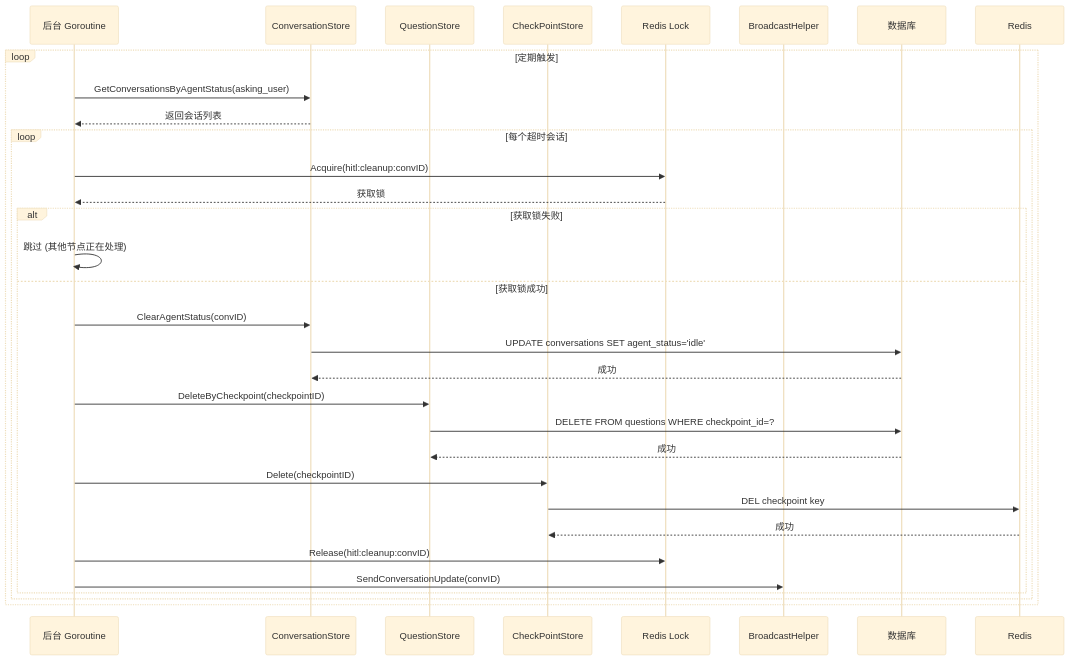
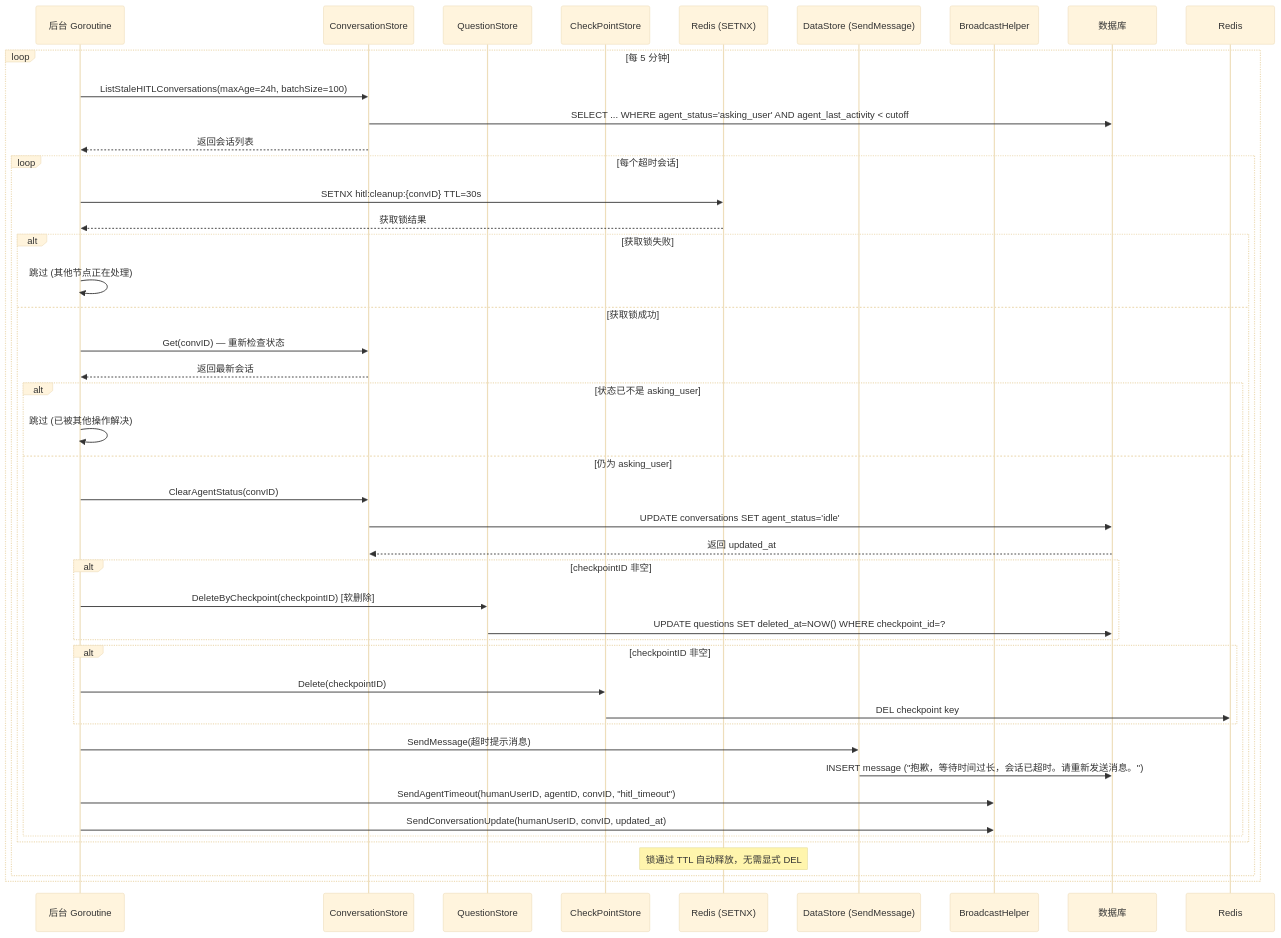
The second of 6 diagrams in wiki/flows/background-cleanup.md (PineappleBond/xyncra-server), drawn with Mermaid (base theme) before and after one commit. The commit also changed other lines of this file and 21 other files, not shown here.

First line of the commit message:
docs(wiki): fix accuracy and completeness issues across all flow documents

````diff
--- a/wiki/flows/background-cleanup.md
+++ b/wiki/flows/background-cleanup.md
@@ -88,39 +91,54 @@
 ```mermaid
 sequenceDiagram
     participant BG as 后台 Goroutine
     participant CS as ConversationStore
     participant QS as QuestionStore
     participant CP as CheckPointStore
-    participant Lock as Redis Lock
+    participant Lock as Redis (SETNX)
+    participant DS as DataStore (SendMessage)
     participant BC as BroadcastHelper
     participant DB as 数据库
 
-    loop 定期触发
-        BG->>CS: GetConversationsByAgentStatus(asking_user)
+    loop 每 5 分钟
+        BG->>CS: ListStaleHITLConversations(maxAge=24h, batchSize=100)
+        CS->>DB: SELECT ... WHERE agent_status='asking_user' AND agent_last_activity < cutoff
         CS-->>BG: 返回会话列表
 
         loop 每个超时会话
-            BG->>Lock: Acquire(hitl:cleanup:convID)
-            Lock-->>BG: 获取锁
+            BG->>Lock: SETNX hitl:cleanup:{convID} TTL=30s
+            Lock-->>BG: 获取锁结果
 
             alt 获取锁失败
                 BG->>BG: 跳过 (其他节点正在处理)
             else 获取锁成功
-                BG->>CS: ClearAgentStatus(convID)
-                CS->>DB: UPDATE conversations SET agent_status='idle'
-                DB-->>CS: 成功
+                BG->>CS: Get(convID) — 重新检查状态
+                CS-->>BG: 返回最新会话
 
-                BG->>QS: DeleteByCheckpoint(checkpointID)
-                QS->>DB: DELETE FROM questions WHERE checkpoint_id=?
-                DB-->>QS: 成功
+                alt 状态已不是 asking_user
+                    BG->>BG: 跳过 (已被其他操作解决)
+                else 仍为 asking_user
+                    BG->>CS: ClearAgentStatus(convID)
+                    CS->>DB: UPDATE conversations SET agent_status='idle'
+                    DB-->>CS: 返回 updated_at
 
-                BG->>CP: Delete(checkpointID)
-                CP->>Redis: DEL checkpoint key
-                Redis-->>CP: 成功
+                    alt checkpointID 非空
+                        BG->>QS: DeleteByCheckpoint(checkpointID) [软删除]
+                        QS->>DB: UPDATE questions SET deleted_at=NOW() WHERE checkpoint_id=?
+                    end
 
-                BG->>Lock: Release(hitl:cleanup:convID)
-                BG->>BC: SendConversationUpdate(convID)
+                    alt checkpointID 非空
+                        BG->>CP: Delete(checkpointID)
+                        CP->>Redis: DEL checkpoint key
+                    end
+
+                    BG->>DS: SendMessage(超时提示消息)
+                    DS->>DB: INSERT message ("抱歉，等待时间过长，会话已超时。请重新发送消息。")
+
+                    BG->>BC: SendAgentTimeout(humanUserID, agentID, convID, "hitl_timeout")
+                    BG->>BC: SendConversationUpdate(humanUserID, convID, updated_at)
+                end
             end
+            Note over Lock: 锁通过 TTL 自动释放，无需显式 DEL
         end
     end
 ```
````
